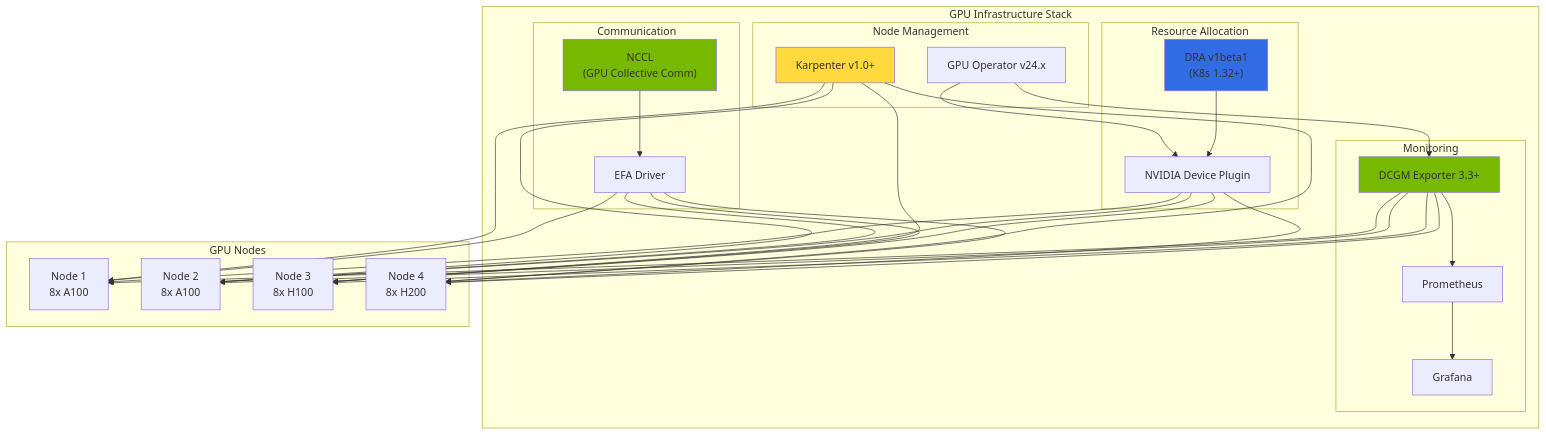
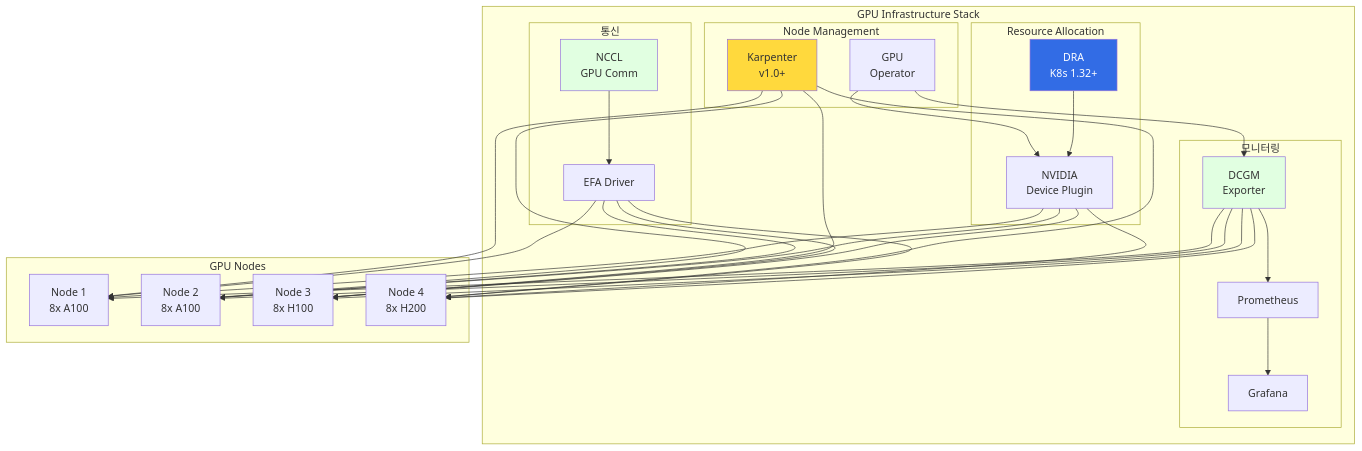
Before and after one commit to devfloor9/engineering-playbook: diagram 15 of 16 in docs/agentic-ai-platform/design-architecture/agentic-ai-challenges.md, drawn with Mermaid. The commit also changed other lines of this file and 24 other files, not shown here.

````diff
--- a/docs/agentic-ai-platform/design-architecture/agentic-ai-challenges.md
+++ b/docs/agentic-ai-platform/design-architecture/agentic-ai-challenges.md
@@ -854,44 +892,60 @@
 ```mermaid
-graph TB
-    subgraph "GPU Infrastructure Stack"
-        subgraph "Resource Allocation"
-            DRA["DRA v1beta1<br/>(K8s 1.32+)"]
-            DRIVER["NVIDIA Device Plugin"]
+flowchart TD
+    subgraph InfraStack["GPU Infrastructure Stack"]
+        subgraph ResourceAlloc["Resource Allocation"]
+            DRA["DRA<br/>K8s 1.32+"]
+            DRIVER["NVIDIA<br/>Device Plugin"]
         end
 
-        subgraph "Monitoring"
-            DCGM["DCGM Exporter 3.3+"]
+        subgraph Monitoring["모니터링"]
+            DCGM["DCGM<br/>Exporter"]
             PROM["Prometheus"]
             GRAF["Grafana"]
         end
 
-        subgraph "Communication"
-            NCCL["NCCL<br/>(GPU Collective Comm)"]
+        subgraph Communication["통신"]
+            NCCL["NCCL<br/>GPU Comm"]
             EFA["EFA Driver"]
         end
 
-        subgraph "Node Management"
-            KARP["Karpenter v1.0+"]
-            GPU_OP["GPU Operator v24.x"]
+        subgraph NodeMgmt["Node Management"]
+            KARP["Karpenter<br/>v1.0+"]
+            GPU_OP["GPU<br/>Operator"]
         end
     end
 
-    subgraph "GPU Nodes"
+    subgraph GPUNodes["GPU Nodes"]
         N1["Node 1<br/>8x A100"]
         N2["Node 2<br/>8x A100"]
         N3["Node 3<br/>8x H100"]
         N4["Node 4<br/>8x H200"]
     end
 
-    DRA --> DRIVER --> N1 & N2 & N3 & N4
-    DCGM --> N1 & N2 & N3 & N4
-    DCGM --> PROM --> GRAF
-    NCCL --> EFA --> N1 & N2 & N3 & N4
-    KARP --> N1 & N2 & N3 & N4
-    GPU_OP --> DRIVER & DCGM
+    DRA --> DRIVER
+    DRIVER --> N1
+    DRIVER --> N2
+    DRIVER --> N3
+    DRIVER --> N4
+    DCGM --> N1
+    DCGM --> N2
+    DCGM --> N3
+    DCGM --> N4
+    DCGM --> PROM
+    PROM --> GRAF
+    NCCL --> EFA
+    EFA --> N1
+    EFA --> N2
+    EFA --> N3
+    EFA --> N4
+    KARP --> N1
+    KARP --> N2
+    KARP --> N3
+    KARP --> N4
+    GPU_OP --> DRIVER
+    GPU_OP --> DCGM
 
-    style DRA fill:#326ce5
-    style DCGM fill:#76b900
-    style NCCL fill:#76b900
+    style DRA fill:#326ce5,color:#fff
+    style DCGM fill:#e1ffe1
+    style NCCL fill:#e1ffe1
     style KARP fill:#ffd93d
 ```
````
